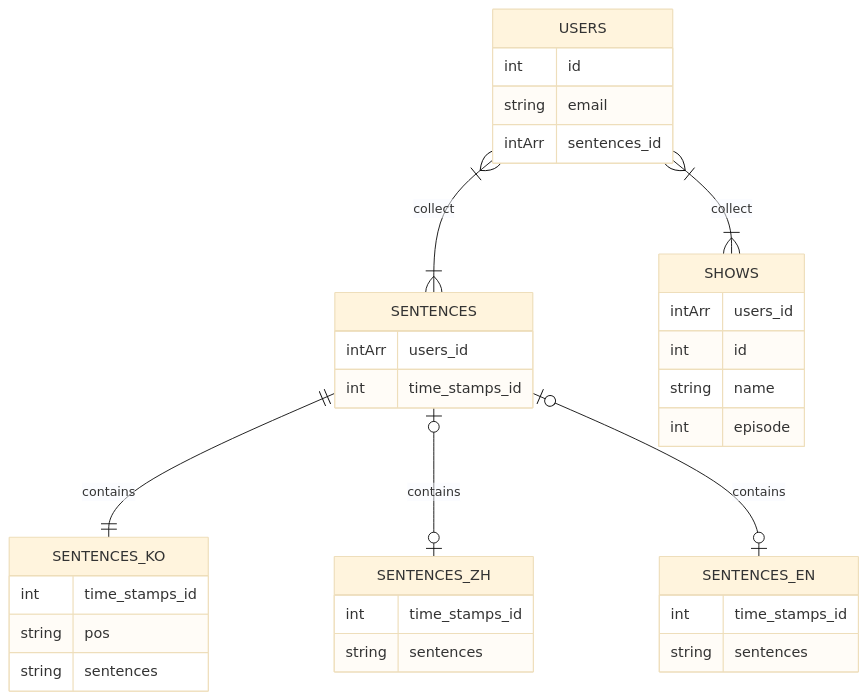
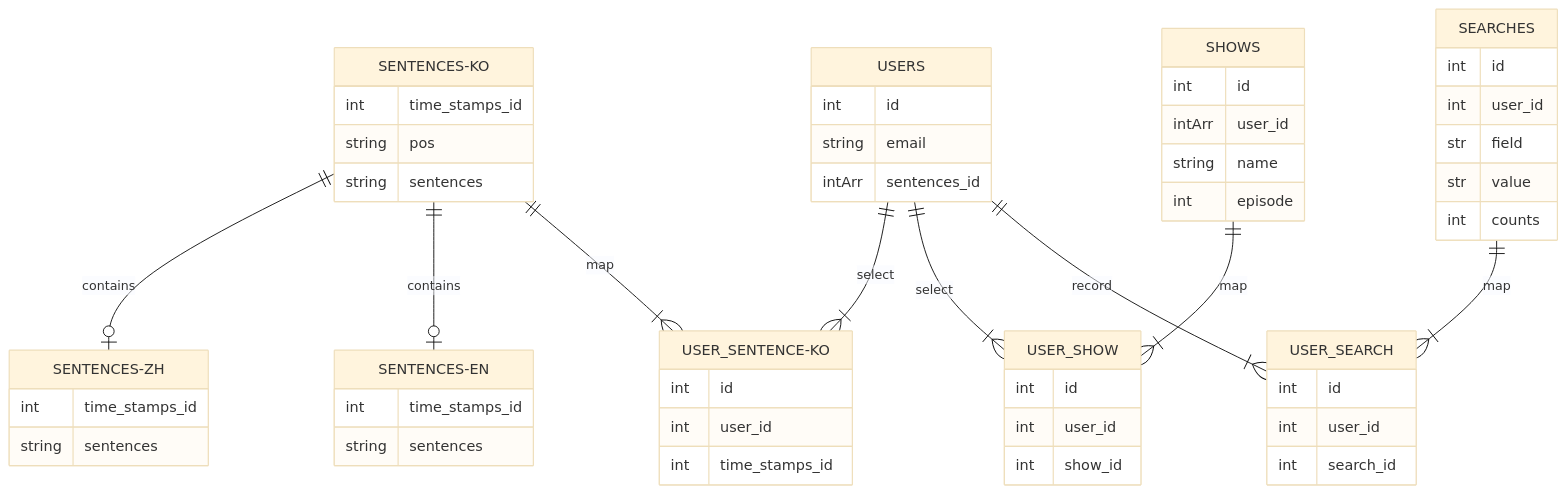
One commit to benson00077/korean-learner-back changed the diagram in README.md. Above: the diagram before and after it, drawn with Mermaid (base theme). The commit also changed other lines of this file, not shown here.

Commit message:
docs: db schema for many to many intermediary table

````diff
--- a/README.md
+++ b/README.md
@@ -131,37 +136,59 @@
 ```mermaid
 erDiagram
-    USERS }|--|{ SENTENCES: collect
-    SENTENCES ||--|| SENTENCES_KO: contains
-    SENTENCES |o--o| SENTENCES_ZH: contains
-    SENTENCES |o--o| SENTENCES_EN: contains
-    USERS }|--|{ SHOWS: collect
+    %% USERS }|--|{ SENTENCES-KO: collect
+    SENTENCES-KO ||--o| SENTENCES-ZH: contains
+    SENTENCES-KO ||--o| SENTENCES-EN: contains
+    USERS ||--|{ USER_SENTENCE-KO: select
+    SENTENCES-KO ||--|{ USER_SENTENCE-KO: map
+    USERS ||--|{ USER_SHOW: select
+    SHOWS ||--|{ USER_SHOW: map
+    USERS ||--|{ USER_SEARCH: record
+    SEARCHES ||--|{ USER_SEARCH: map
 
     USERS {
         int id
         string email
         intArr sentences_id
     }
-    SENTENCES {
-        intArr users_id
-        int time_stamps_id
-    }
-    SENTENCES_KO {
+    SENTENCES-KO {
         int time_stamps_id
         string pos
         string sentences
     }
-    SENTENCES_ZH {
+    SENTENCES-ZH {
         int time_stamps_id
         string sentences
     }
-    SENTENCES_EN {
+    SENTENCES-EN {
         int time_stamps_id
         string sentences
     }
     SHOWS {
-        intArr users_id
         int id
+        intArr user_id
         string name
         int episode
     }
+    SEARCHES {
+        int id
+        int user_id
+        str field
+        str value
+        int counts
+    }
+    USER_SENTENCE-KO {
+        int id
+        int user_id
+        int time_stamps_id
+    }
+    USER_SEARCH {
+        int id
+        int user_id
+        int search_id
+    }
+    USER_SHOW {
+        int id
+        int user_id
+        int show_id
+    }
 ```
````
